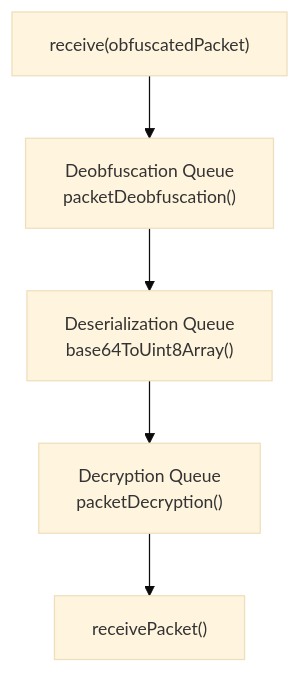
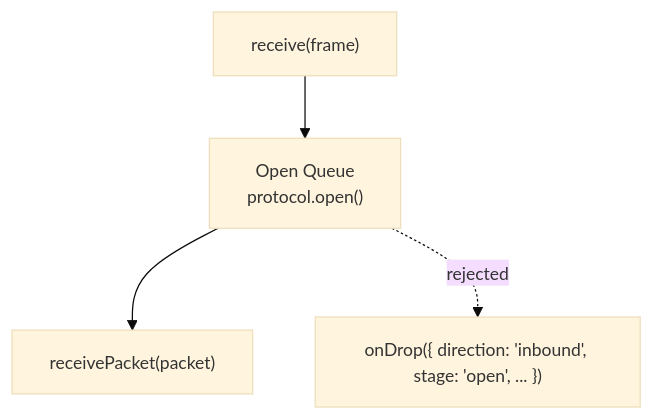
The seventh of 8 diagrams in libs/network-protocol/ARCHITECTURE.md (AndrewRedican/hyperfrontend), drawn with Mermaid before and after one commit. The commit also changed other lines of this file and 28 other files, not shown here.

````diff
--- a/libs/network-protocol/ARCHITECTURE.md
+++ b/libs/network-protocol/ARCHITECTURE.md
@@ -494,19 +644,17 @@
 ```mermaid
 ---
 config:
   theme: base
   themeVariables:
     fontSize: 14px
 ---
 flowchart TB
-    A["receive(obfuscatedPacket)"]
-    B["Deobfuscation Queue<br/>packetDeobfuscation()"]
-    C["Deserialization Queue<br/>base64ToUint8Array()"]
-    D["Decryption Queue<br/>packetDecryption()"]
-    E["receivePacket()"]
+    A["receive(frame)"]
+    B["Open Queue<br/>protocol.open()"]
+    C["receivePacket(packet)"]
+    D["onDrop({ direction: 'inbound', stage: 'open', ... })"]
 
     A --> B
     B --> C
-    C --> D
-    D --> E
+    B -.->|rejected| D
 ```
````
